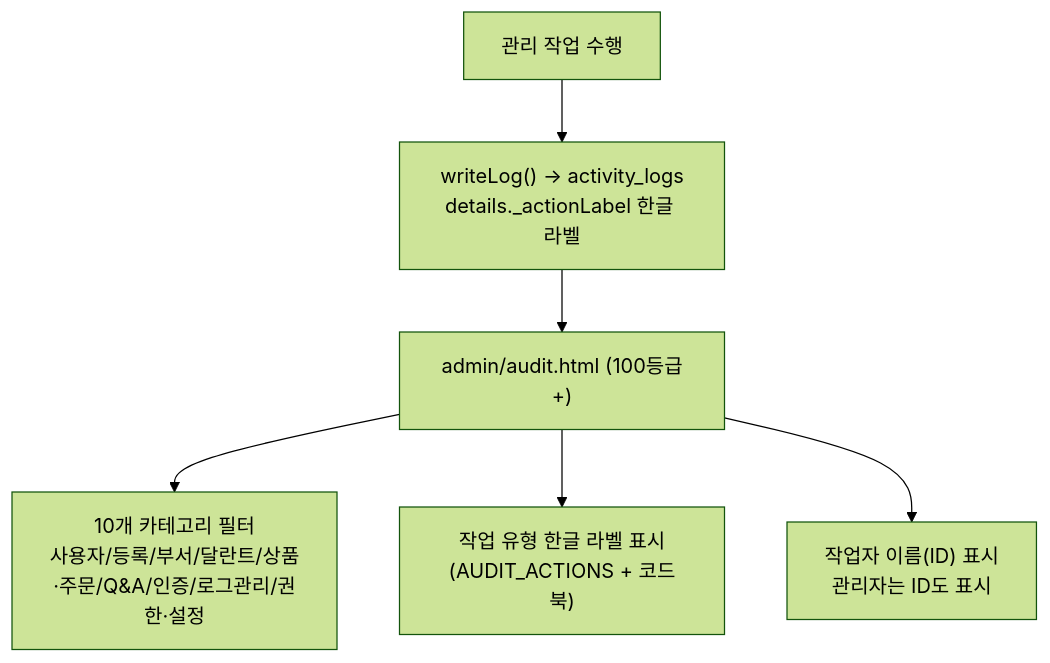
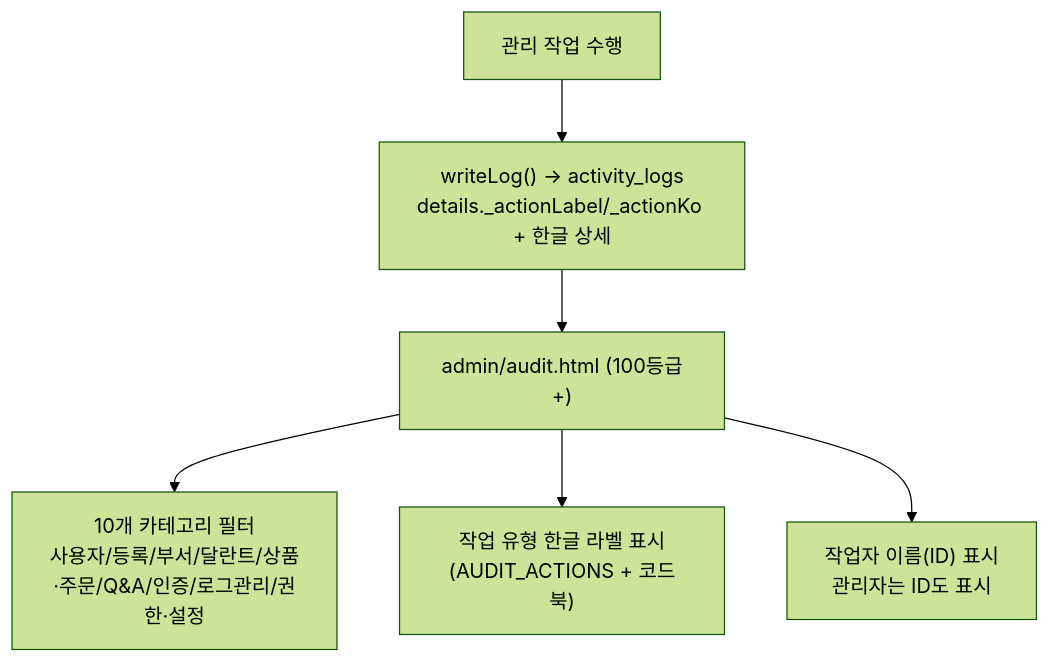
One commit to CHO-Talents-Test/CHO-Talents-Test changed diagram 14 of 16 in docs/PROJECT_ARCHITECTURE_FLOW.md. Above: the diagram before and after it, drawn with Mermaid (forest theme). The commit also changed other lines of this file and 16 other files, not shown here.

````diff
--- a/docs/PROJECT_ARCHITECTURE_FLOW.md
+++ b/docs/PROJECT_ARCHITECTURE_FLOW.md
@@ -592,8 +600,8 @@
 ```mermaid
 flowchart TD
-  AdminAction["관리 작업 수행"] --> AuditLog["writeLog() → activity_logs<br/>details._actionLabel 한글 라벨"]
+  AdminAction["관리 작업 수행"] --> AuditLog["writeLog() → activity_logs<br/>details._actionLabel/_actionKo + 한글 상세"]
   AuditLog --> AuditPage["admin/audit.html (100등급+)"]
   AuditPage --> CategoryFilter["10개 카테고리 필터<br/>사용자/등록/부서/달란트/상품·주문/Q&A/인증/로그관리/권한·설정"]
   AuditPage --> KoType["작업 유형 한글 라벨 표시<br/>(AUDIT_ACTIONS + 코드북)"]
   AuditPage --> ActorInfo["작업자 이름(ID) 표시<br/>관리자는 ID도 표시"]
 ```
````
